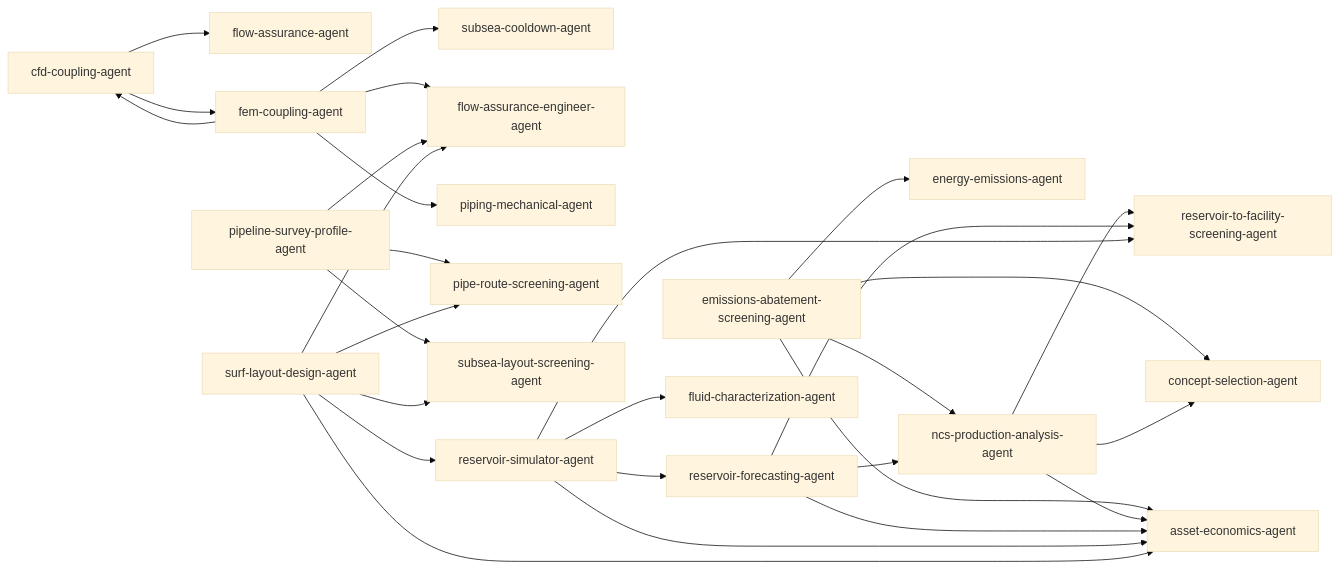
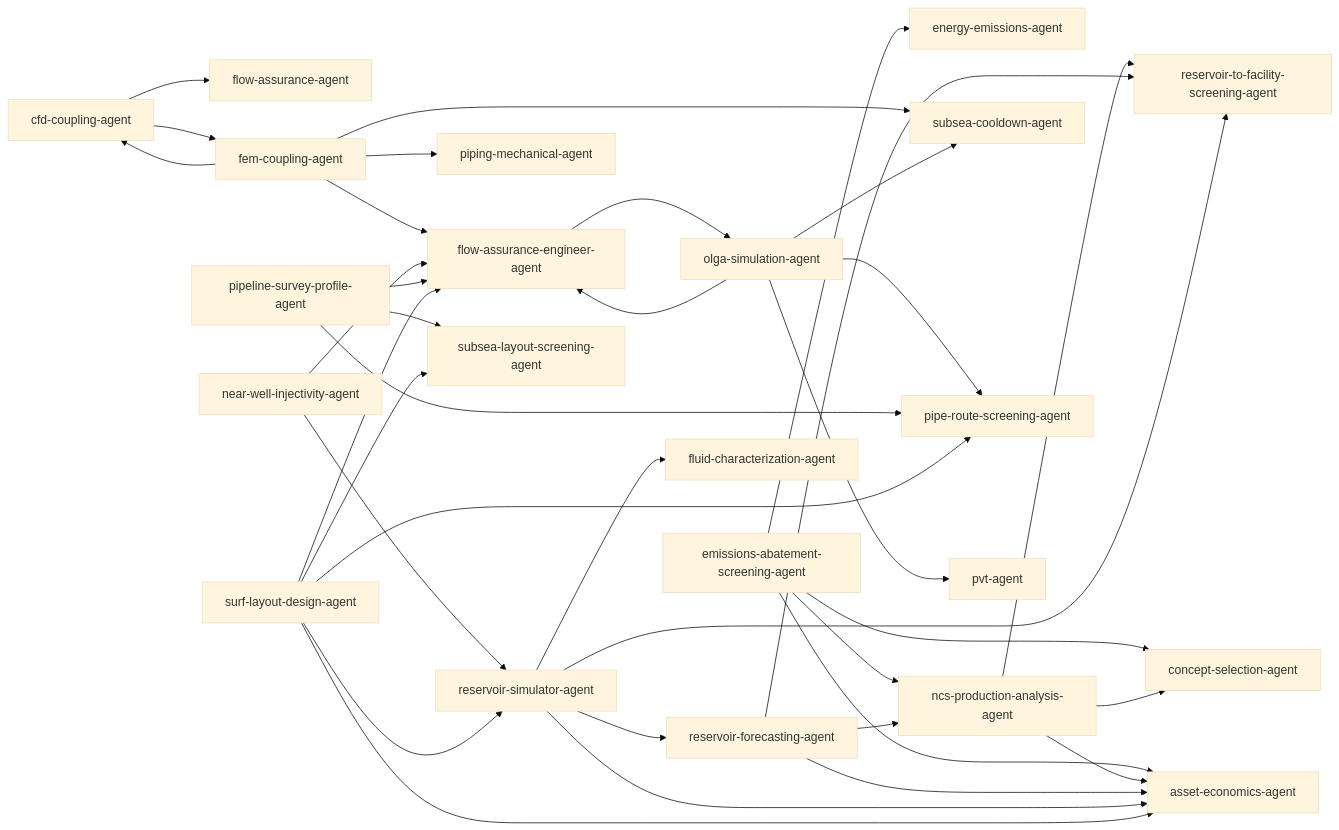
Before and after one commit to equinor/neqsim-community-agents: the diagram in docs/ORCHESTRATION_MAP.md, drawn with Mermaid (base theme). The commit also changed other lines of this file and 3 other files, not shown here.

````diff
--- a/docs/ORCHESTRATION_MAP.md
+++ b/docs/ORCHESTRATION_MAP.md
@@ -60,31 +62,38 @@
 ```mermaid
 graph LR
     cfd_coupling_agent["cfd-coupling-agent"] --> flow_assurance_agent["flow-assurance-agent"]
     cfd_coupling_agent["cfd-coupling-agent"] --> fem_coupling_agent["fem-coupling-agent"]
     emissions_abatement_screening_agent["emissions-abatement-screening-agent"] --> energy_emissions_agent["energy-emissions-agent"]
     emissions_abatement_screening_agent["emissions-abatement-screening-agent"] --> ncs_production_analysis_agent["ncs-production-analysis-agent"]
     emissions_abatement_screening_agent["emissions-abatement-screening-agent"] --> concept_selection_agent["concept-selection-agent"]
     emissions_abatement_screening_agent["emissions-abatement-screening-agent"] --> asset_economics_agent["asset-economics-agent"]
     fem_coupling_agent["fem-coupling-agent"] --> cfd_coupling_agent["cfd-coupling-agent"]
     fem_coupling_agent["fem-coupling-agent"] --> subsea_cooldown_agent["subsea-cooldown-agent"]
     fem_coupling_agent["fem-coupling-agent"] --> flow_assurance_engineer_agent["flow-assurance-engineer-agent"]
     fem_coupling_agent["fem-coupling-agent"] --> piping_mechanical_agent["piping-mechanical-agent"]
+    flow_assurance_engineer_agent["flow-assurance-engineer-agent"] --> olga_simulation_agent["olga-simulation-agent"]
     ncs_production_analysis_agent["ncs-production-analysis-agent"] --> reservoir_to_facility_screening_agent["reservoir-to-facility-screening-agent"]
     ncs_production_analysis_agent["ncs-production-analysis-agent"] --> concept_selection_agent["concept-selection-agent"]
     ncs_production_analysis_agent["ncs-production-analysis-agent"] --> asset_economics_agent["asset-economics-agent"]
+    near_well_injectivity_agent["near-well-injectivity-agent"] --> reservoir_simulator_agent["reservoir-simulator-agent"]
+    near_well_injectivity_agent["near-well-injectivity-agent"] --> flow_assurance_engineer_agent["flow-assurance-engineer-agent"]
+    olga_simulation_agent["olga-simulation-agent"] --> flow_assurance_engineer_agent["flow-assurance-engineer-agent"]
+    olga_simulation_agent["olga-simulation-agent"] --> pipe_route_screening_agent["pipe-route-screening-agent"]
+    olga_simulation_agent["olga-simulation-agent"] --> subsea_cooldown_agent["subsea-cooldown-agent"]
+    olga_simulation_agent["olga-simulation-agent"] --> pvt_agent["pvt-agent"]
     pipeline_survey_profile_agent["pipeline-survey-profile-agent"] --> pipe_route_screening_agent["pipe-route-screening-agent"]
     pipeline_survey_profile_agent["pipeline-survey-profile-agent"] --> subsea_layout_screening_agent["subsea-layout-screening-agent"]
     pipeline_survey_profile_agent["pipeline-survey-profile-agent"] --> flow_assurance_engineer_agent["flow-assurance-engineer-agent"]
     reservoir_forecasting_agent["reservoir-forecasting-agent"] --> ncs_production_analysis_agent["ncs-production-analysis-agent"]
     reservoir_forecasting_agent["reservoir-forecasting-agent"] --> reservoir_to_facility_screening_agent["reservoir-to-facility-screening-agent"]
     reservoir_forecasting_agent["reservoir-forecasting-agent"] --> asset_economics_agent["asset-economics-agent"]
     reservoir_simulator_agent["reservoir-simulator-agent"] --> reservoir_forecasting_agent["reservoir-forecasting-agent"]
     reservoir_simulator_agent["reservoir-simulator-agent"] --> reservoir_to_facility_screening_agent["reservoir-to-facility-screening-agent"]
     reservoir_simulator_agent["reservoir-simulator-agent"] --> fluid_characterization_agent["fluid-characterization-agent"]
     reservoir_simulator_agent["reservoir-simulator-agent"] --> asset_economics_agent["asset-economics-agent"]
     surf_layout_design_agent["surf-layout-design-agent"] --> reservoir_simulator_agent["reservoir-simulator-agent"]
     surf_layout_design_agent["surf-layout-design-agent"] --> subsea_layout_screening_agent["subsea-layout-screening-agent"]
     surf_layout_design_agent["surf-layout-design-agent"] --> pipe_route_screening_agent["pipe-route-screening-agent"]
     surf_layout_design_agent["surf-layout-design-agent"] --> flow_assurance_engineer_agent["flow-assurance-engineer-agent"]
     surf_layout_design_agent["surf-layout-design-agent"] --> asset_economics_agent["asset-economics-agent"]
 ```
````
